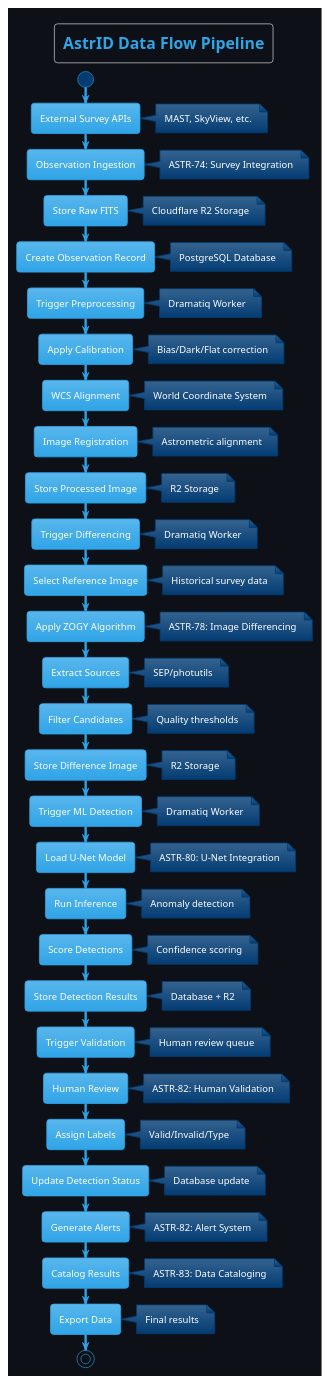
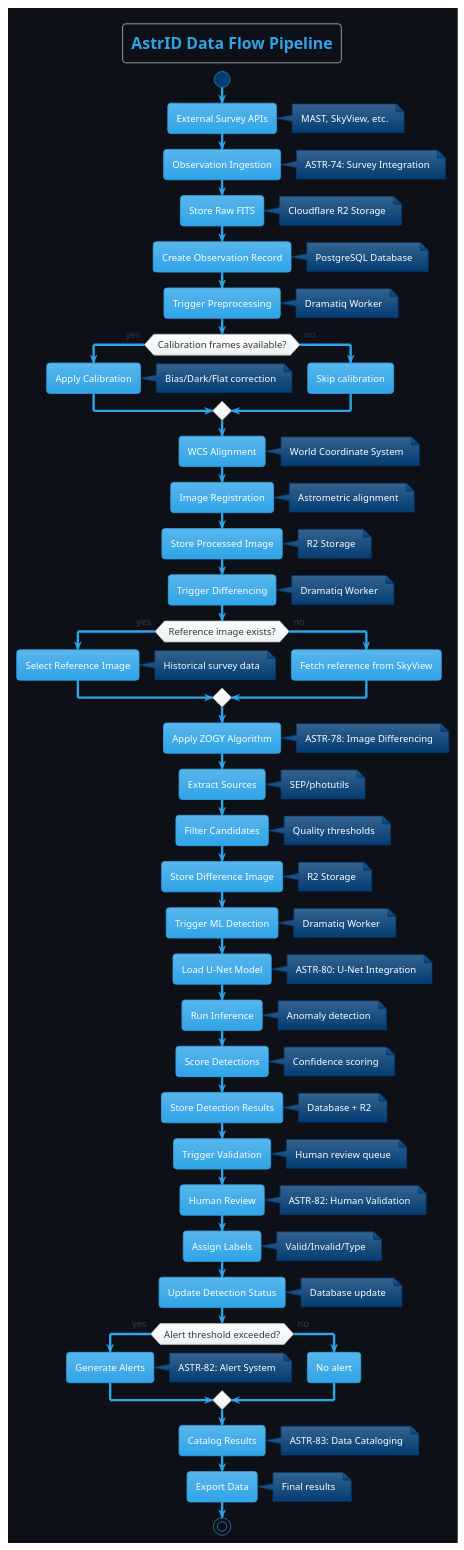
One commit to Lawrence908/AstrID changed the diagram in docs/diagrams/data-flow-pipeline.puml. Above: the diagram before and after it, drawn with PlantUML. The commit also changed 12 other files, not shown here.

```diff
--- a/docs/diagrams/data-flow-pipeline.puml
+++ b/docs/diagrams/data-flow-pipeline.puml
@@ -1,94 +1,106 @@
 @startuml AstrID Data Flow Pipeline
 !theme cerulean
 skinparam backgroundColor #0D1117
 skinparam defaultFontName Arial
 skinparam defaultFontSize 12
 
 title AstrID Data Flow Pipeline
 
 start
 
 :External Survey APIs;
 note right: MAST, SkyView, etc.
 
 :Observation Ingestion;
 note right: ASTR-74: Survey Integration
 
 :Store Raw FITS;
 note right: Cloudflare R2 Storage
 
 :Create Observation Record;
 note right: PostgreSQL Database
 
 :Trigger Preprocessing;
 note right: Dramatiq Worker
 
-:Apply Calibration;
-note right: Bias/Dark/Flat correction
+if (Calibration frames available?) then (yes)
+  :Apply Calibration;
+  note right: Bias/Dark/Flat correction
+else (no)
+  :Skip calibration;
+endif
 
 :WCS Alignment;
 note right: World Coordinate System
 
 :Image Registration;
 note right: Astrometric alignment
 
 :Store Processed Image;
 note right: R2 Storage
 
 :Trigger Differencing;
 note right: Dramatiq Worker
 
-:Select Reference Image;
-note right: Historical survey data
+if (Reference image exists?) then (yes)
+  :Select Reference Image;
+  note right: Historical survey data
+else (no)
+  :Fetch reference from SkyView;
+endif
 
 :Apply ZOGY Algorithm;
 note right: ASTR-78: Image Differencing
 
 :Extract Sources;
 note right: SEP/photutils
 
 :Filter Candidates;
 note right: Quality thresholds
 
 :Store Difference Image;
 note right: R2 Storage
 
 :Trigger ML Detection;
 note right: Dramatiq Worker
 
 :Load U-Net Model;
 note right: ASTR-80: U-Net Integration
 
 :Run Inference;
 note right: Anomaly detection
 
 :Score Detections;
 note right: Confidence scoring
 
 :Store Detection Results;
 note right: Database + R2
 
 :Trigger Validation;
 note right: Human review queue
 
 :Human Review;
 note right: ASTR-82: Human Validation
 
 :Assign Labels;
 note right: Valid/Invalid/Type
 
 :Update Detection Status;
 note right: Database update
 
-:Generate Alerts;
-note right: ASTR-82: Alert System
+if (Alert threshold exceeded?) then (yes)
+  :Generate Alerts;
+  note right: ASTR-82: Alert System
+else (no)
+  :No alert;
+endif
 
 :Catalog Results;
 note right: ASTR-83: Data Cataloging
 
 :Export Data;
 note right: Final results
 
 stop
 
 @enduml
```
